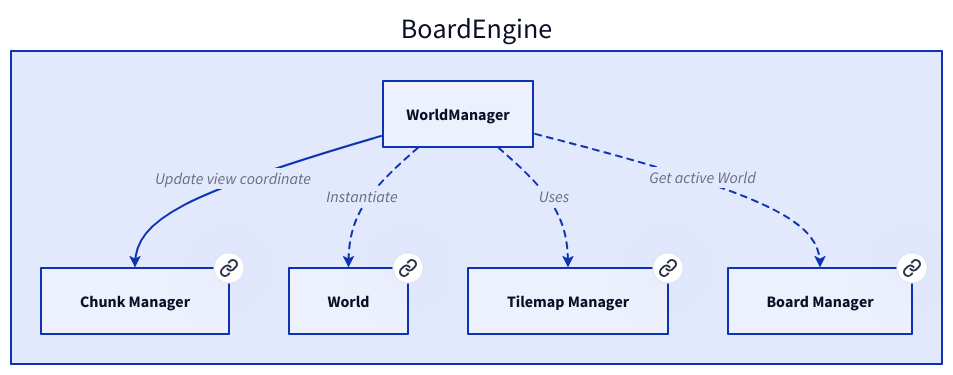
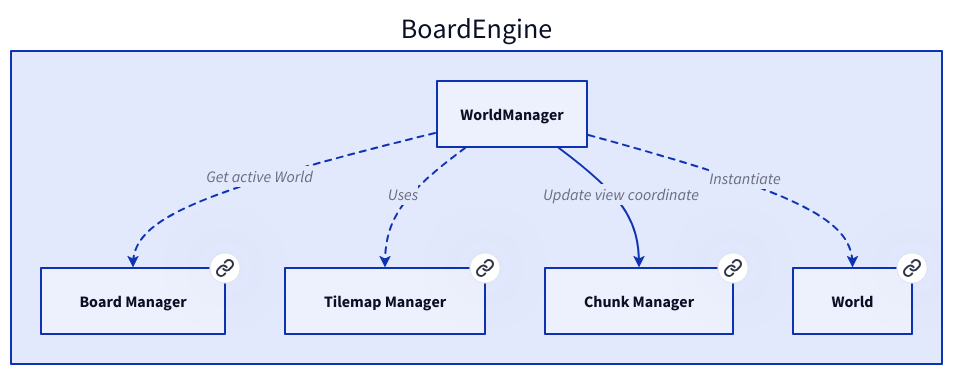
The diagram in doc/BoardEngine/WorldManager.md (Portevent/Brume-Documentation), drawn with D2 before and after one commit. The commit also changed other lines of this file and 90 other files, not shown here.

````diff
--- a/doc/BoardEngine/WorldManager.md
+++ b/doc/BoardEngine/WorldManager.md
@@ -12,36 +12,36 @@
 ```d2
 # Nodes :
 BoardEngine: {
+    BoardManager: Board Manager {
+       link: BoardManager
+    }
+    TilemapManager: Tilemap Manager {
+       link: TilemapManager
+    }
     ChunkManager: Chunk Manager {
        link: ChunkManager
     }
     World: World {
        link: World
     }
-    TilemapManager: Tilemap Manager {
-       link: TilemapManager
-    }
-    BoardManager: Board Manager {
-       link: BoardManager
-    }
 }
 
 # Links :
+BoardEngine.WorldManager -> BoardEngine.BoardManager: Get active World {style.stroke-dash: 3
+source-arrowhead: {}
+target-arrowhead: {shape: arrow}
+}
 BoardEngine.WorldManager -> BoardEngine.ChunkManager: Update view coordinate {
 source-arrowhead: {}
 target-arrowhead: {shape: arrow}
 }
 BoardEngine.WorldManager -> BoardEngine.World: Instantiate {style.stroke-dash: 3
 source-arrowhead: {}
 target-arrowhead: {shape: arrow}
 }
 BoardEngine.WorldManager -> BoardEngine.TilemapManager: Uses {style.stroke-dash: 3
 source-arrowhead: {}
 target-arrowhead: {shape: arrow}
 }
-BoardEngine.WorldManager -> BoardEngine.BoardManager: Get active World {style.stroke-dash: 3
-source-arrowhead: {}
-target-arrowhead: {shape: arrow}
-}
 
 ```
````
